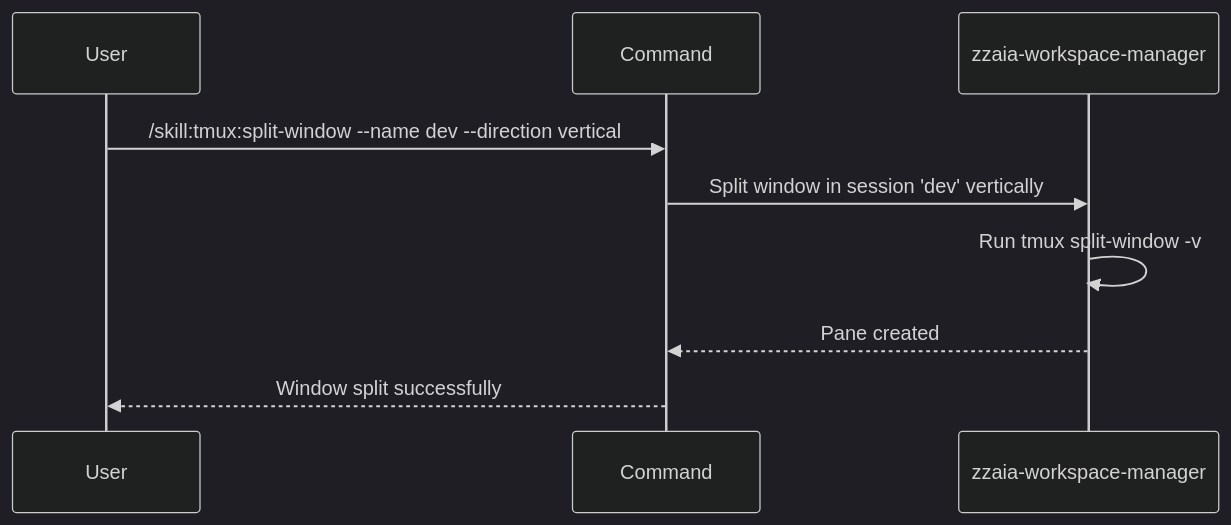
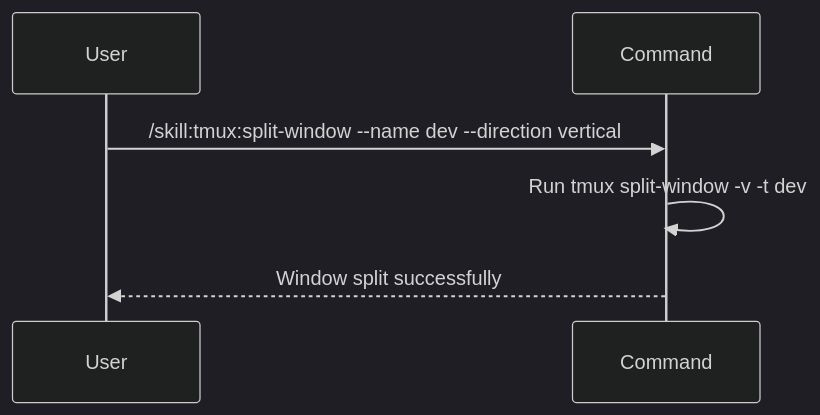
One commit to zzaia/zzaia-agentic-workspace changed the diagram in .claude/commands/skill/tmux/split-window/SKILL.md. Above: the diagram before and after it, drawn with Mermaid (dark theme). The commit also changed 5 other files, not shown here.

````diff
--- a/.claude/commands/skill/tmux/split-window/SKILL.md
+++ b/.claude/commands/skill/tmux/split-window/SKILL.md
@@ -38,12 +38,9 @@
 ```mermaid
 sequenceDiagram
     participant U as User
     participant C as Command
-    participant WM as zzaia-workspace-manager
 
     U->>C: /skill:tmux:split-window --name dev --direction vertical
-    C->>WM: Split window in session 'dev' vertically
-    WM->>WM: Run tmux split-window -v
-    WM-->>C: Pane created
+    C->>C: Run tmux split-window -v -t dev
     C-->>U: Window split successfully
 ```
````
